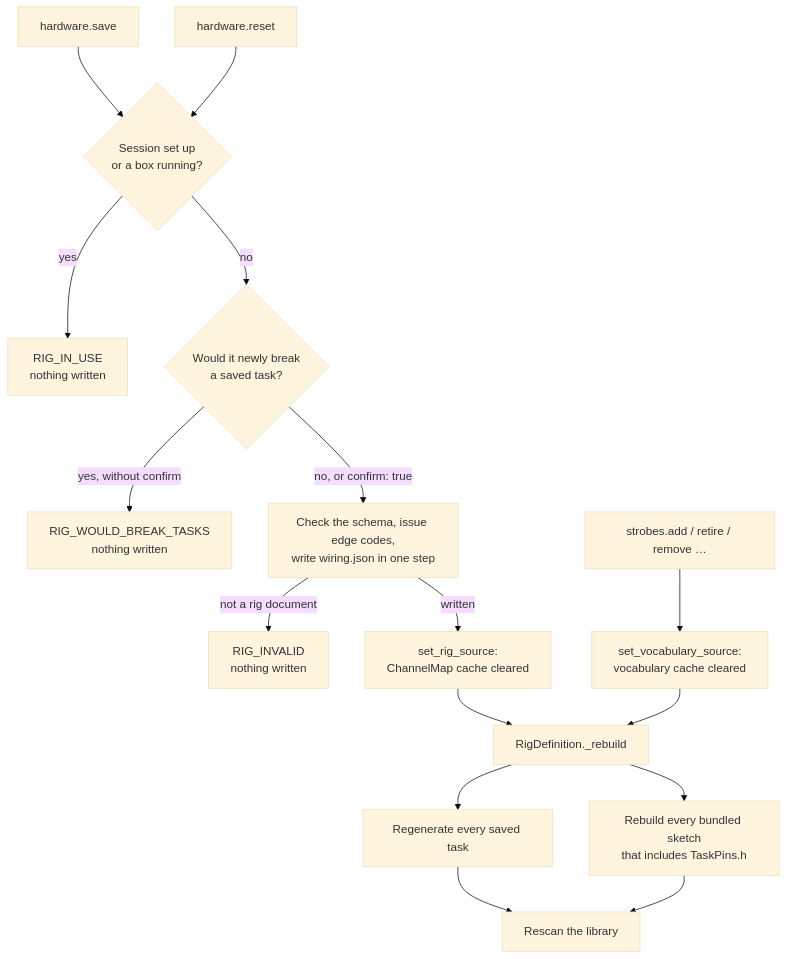
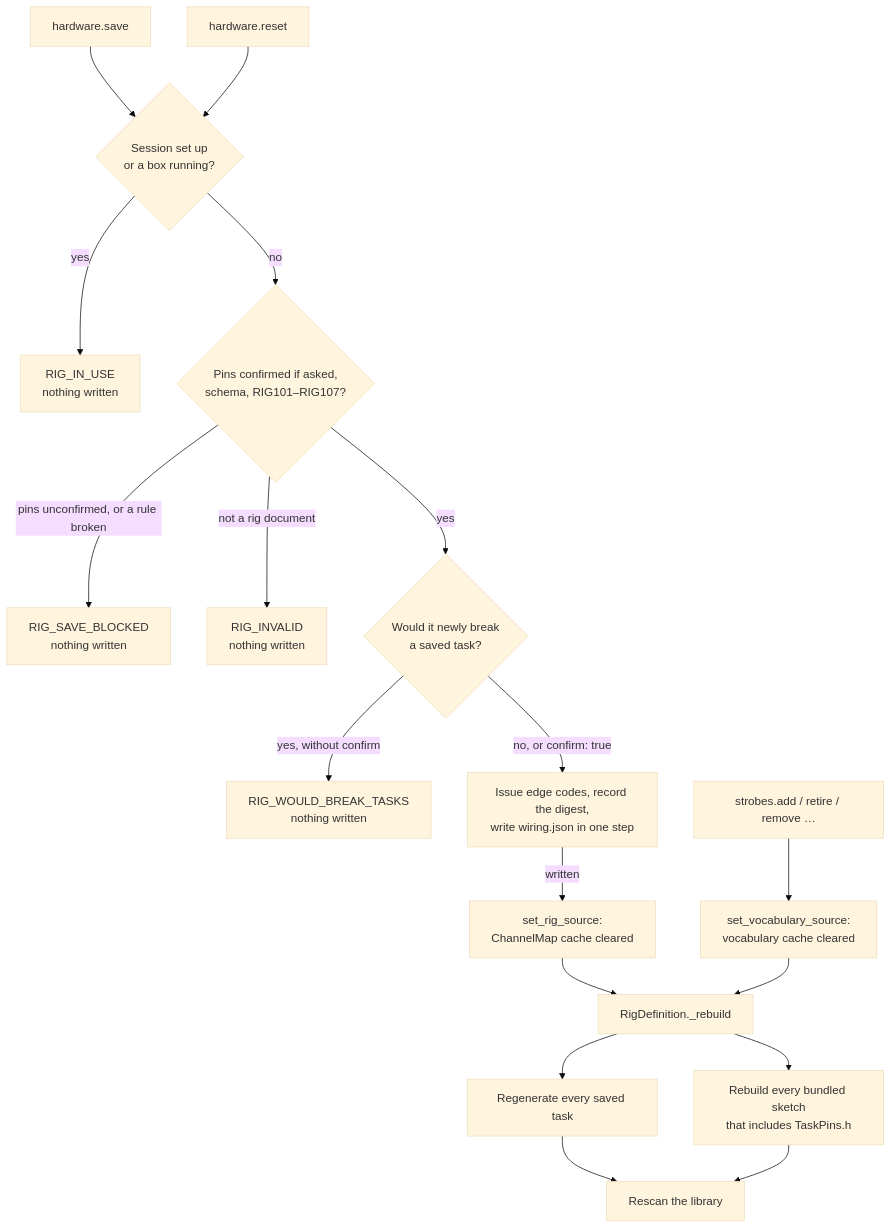
Before and after one commit to Chase-NJ/Ephymeris: the second of 7 diagrams in docs/TASKS.md, drawn with Mermaid (base theme). The commit also changed other lines of this file and 18 other files, not shown here.

First line of the commit message:
Hold any wiring that wasn't saved or confirmed, across restarts (#132)

````diff
--- a/docs/TASKS.md
+++ b/docs/TASKS.md
@@ -470,18 +470,20 @@
 ```mermaid
 flowchart TD
     save["hardware.save"] --> inuse{"Session set up<br/>or a box running?"}
     inuse -->|yes| busy["RIG_IN_USE<br/>nothing written"]
-    inuse -->|no| impact{"Would it newly break<br/>a saved task?"}
+    inuse -->|no| check{"Pins confirmed if asked,<br/>schema, RIG101–RIG107?"}
+    check -->|"pins unconfirmed, or a rule broken"| blocked["RIG_SAVE_BLOCKED<br/>nothing written"]
+    check -->|"not a rig document"| invalid["RIG_INVALID<br/>nothing written"]
+    check -->|"yes"| impact{"Would it newly break<br/>a saved task?"}
     impact -->|"yes, without confirm"| refuse["RIG_WOULD_BREAK_TASKS<br/>nothing written"]
-    impact -->|"no, or confirm: true"| write["Check the schema, issue edge codes,<br/>write wiring.json in one step"]
-    write -->|"not a rig document"| invalid["RIG_INVALID<br/>nothing written"]
+    impact -->|"no, or confirm: true"| write["Issue edge codes, record the digest,<br/>write wiring.json in one step"]
     reset["hardware.reset"] --> inuse
     write -->|"written"| install["set_rig_source:<br/>ChannelMap cache cleared"]
     install --> rebuild["RigDefinition._rebuild"]
     vocab["strobes.add / retire / remove …"] --> vinstall["set_vocabulary_source:<br/>vocabulary cache cleared"]
     vinstall --> rebuild
     rebuild --> tasks["Regenerate every saved task"]
     rebuild --> bundled["Rebuild every bundled sketch<br/>that includes TaskPins.h"]
     tasks --> rescan["Rescan the library"]
     bundled --> rescan
 ```
````
